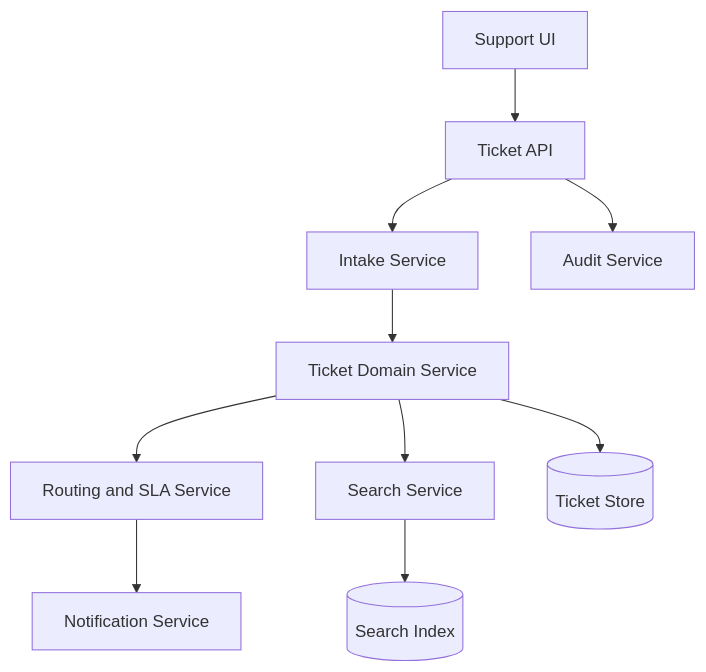
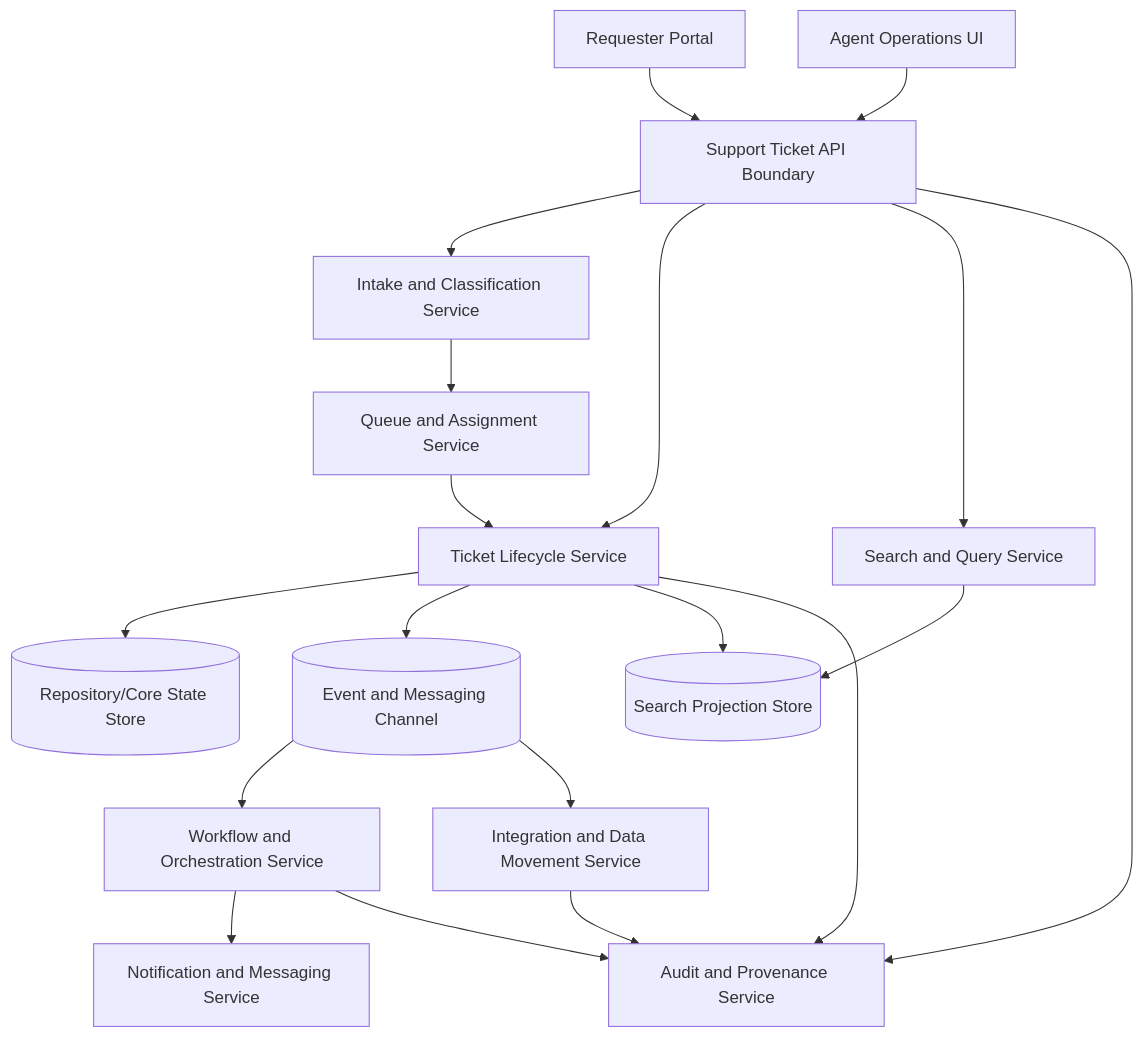
Before and after one commit to MichaelTimbes/solution-cookbook: the diagram in playbooks/support-ticket-system/diagrams/container-view.mmd, drawn with Mermaid. The commit also changed 60 other files, not shown here.

```diff
--- a/playbooks/support-ticket-system/diagrams/container-view.mmd
+++ b/playbooks/support-ticket-system/diagrams/container-view.mmd
@@ -1,16 +1,42 @@
+%% Support Ticket container view
+%% Shows major services, stores, and interaction paths.
 flowchart TB
-    UI[Support UI]
-    API[Ticket API]
-    Intake[Intake Service]
-    Domain[Ticket Domain Service]
-    Routing[Routing and SLA Service]
-    Search[Search Service]
-    Notify[Notification Service]
-    Audit[Audit Service]
-    Store[(Ticket Store)]
-    Index[(Search Index)]
+    Portal[Requester Portal]
+    AgentUI[Agent Operations UI]
+    API[Support Ticket API Boundary]
 
-    UI --> API --> Intake --> Domain --> Store
-    Domain --> Routing --> Notify
-    Domain --> Search --> Index
+    Intake[Intake and Classification Service]
+    Domain[Ticket Lifecycle Service]
+    Queue[Queue and Assignment Service]
+    Workflow[Workflow and Orchestration Service]
+    Notify[Notification and Messaging Service]
+    Search[Search and Query Service]
+    Audit[Audit and Provenance Service]
+    Integrations[Integration and Data Movement Service]
+
+    State[(Repository/Core State Store)]
+    Index[(Search Projection Store)]
+    Events[(Event and Messaging Channel)]
+
+    Portal --> API
+    AgentUI --> API
+    API --> Intake
+    API --> Domain
+    API --> Search
+
+    Intake --> Queue
+    Queue --> Domain
+    Domain --> State
+    Domain --> Events
+
+    Events --> Workflow
+    Workflow --> Notify
+    Events --> Integrations
+
+    Domain --> Index
+    Search --> Index
+
     API --> Audit
+    Domain --> Audit
+    Workflow --> Audit
+    Integrations --> Audit
```
